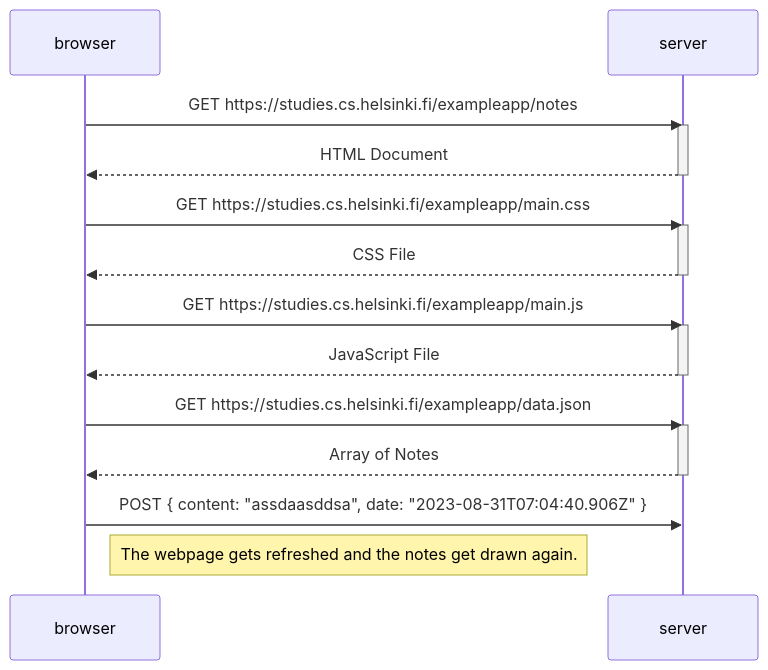
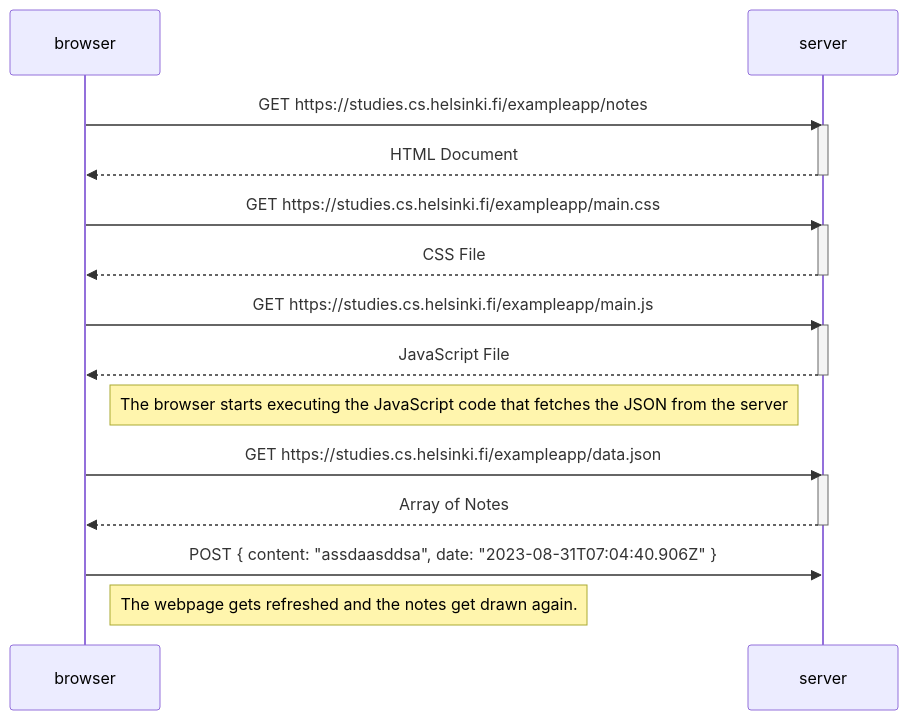
Before and after one commit to valtteriper/FullstackOpen: the diagram in part_0.4.md, drawn with Mermaid.

````diff
--- a/part_0.4.md
+++ b/part_0.4.md
@@ -1,30 +1,32 @@
 ```mermaid
 sequenceDiagram
     participant browser
     participant server
     
     browser->>server: GET https://studies.cs.helsinki.fi/exampleapp/notes
     activate server
     server-->>browser: HTML Document
     deactivate server
 
     browser->>server: GET https://studies.cs.helsinki.fi/exampleapp/main.css
     activate server
     server-->>browser: CSS File
     deactivate server
 
     browser->>server: GET https://studies.cs.helsinki.fi/exampleapp/main.js
     activate server
     server-->>browser: JavaScript File
     deactivate server
 
+    Note right of browser: The browser starts executing the JavaScript code that fetches the JSON from the server
+
     browser->>server: GET https://studies.cs.helsinki.fi/exampleapp/data.json
     activate server
     server-->>browser: Array of Notes
     deactivate server
 
     browser->>server: POST { content: "assdaasddsa", date: "2023-08-31T07:04:40.906Z" }
 
 Note right of browser: The webpage gets refreshed and the notes get drawn again.
 
 ```
````
